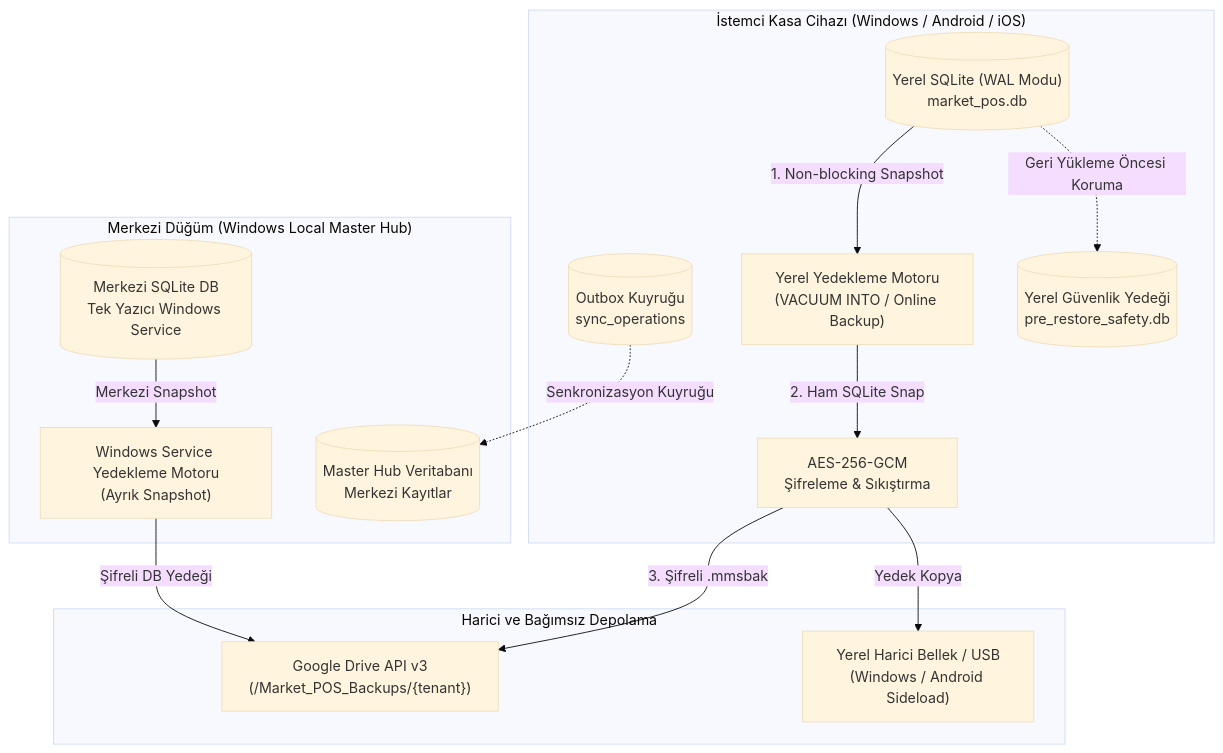
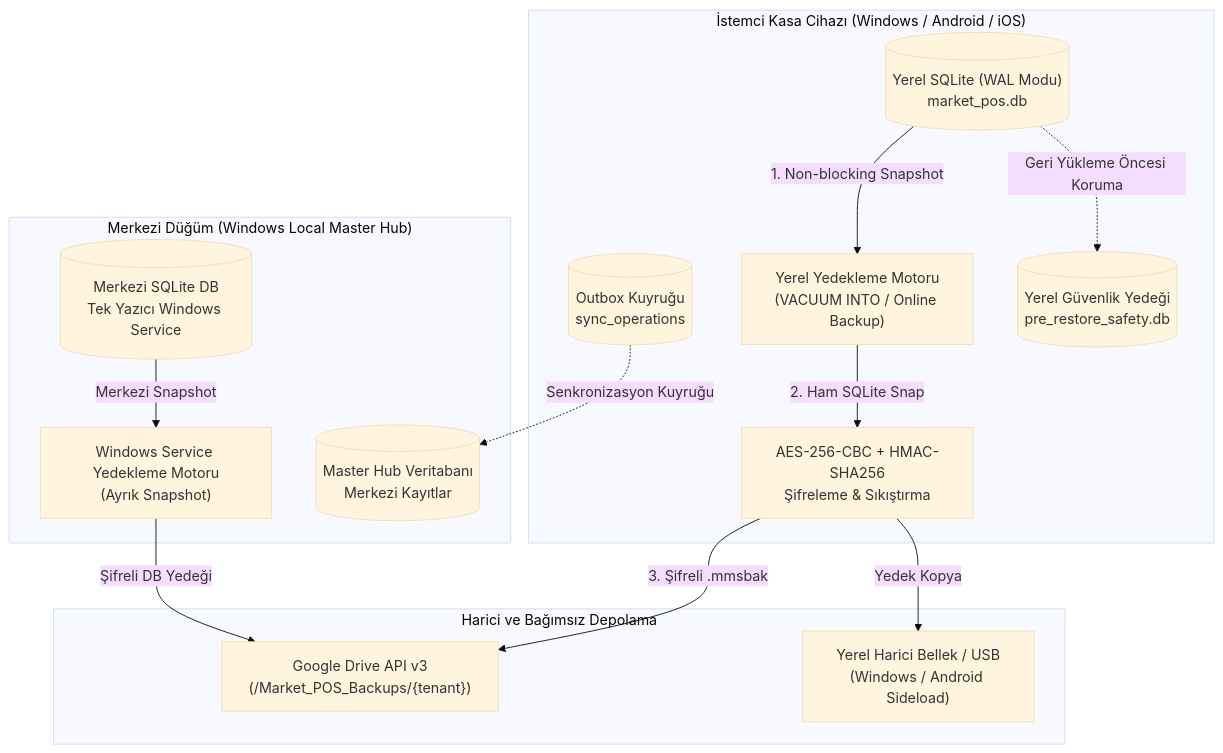
One commit to halilkrkn/market-pos changed the first of 2 diagrams in docs/architecture/BACKUP_RESTORE_PROTOCOL.md. Above: the diagram before and after it, drawn with Mermaid (base theme). The commit also changed other lines of this file and 18 other files, not shown here.

Commit message:
docs(reconciliation): align specifications with AES-256-CBC, central database paths and open decisions

````diff
--- a/docs/architecture/BACKUP_RESTORE_PROTOCOL.md
+++ b/docs/architecture/BACKUP_RESTORE_PROTOCOL.md
@@ -35,32 +35,32 @@
 ```mermaid
 flowchart TD
     subgraph POS_Device["İstemci Kasa Cihazı (Windows / Android / iOS)"]
         LocalDB[("Yerel SQLite (WAL Modu)\nmarket_pos.db")]
         OutboxQueue[("Outbox Kuyruğu\nsync_operations")]
         LocalBackupEngine["Yerel Yedekleme Motoru\n(VACUUM INTO / Online Backup)"]
         SafetySnapshot[("Yerel Güvenlik Yedeği\npre_restore_safety.db")]
-        EncModule["AES-256-GCM\nŞifreleme & Sıkıştırma"]
+        EncModule["AES-256-CBC + HMAC-SHA256\nŞifreleme & Sıkıştırma"]
     end
 
     subgraph Central_Master["Merkezi Düğüm (Windows Local Master Hub)"]
         MasterSQLiteDB[("Merkezi SQLite DB\nTek Yazıcı Windows Service")]
         CentralBackupWorker["Windows Service Yedekleme Motoru\n(Ayrık Snapshot)"]
         ServerRecords[("Master Hub Veritabanı\nMerkezi Kayıtlar")]
     end
 
     subgraph External_Storage["Harici ve Bağımsız Depolama"]
         GoogleDrive["Google Drive API v3\n(/Market_POS_Backups/{tenant})"]
         LocalDisk["Yerel Harici Bellek / USB\n(Windows / Android Sideload)"]
     end
 
     LocalDB -->|1. Non-blocking Snapshot| LocalBackupEngine
     LocalBackupEngine -->|2. Ham SQLite Snap| EncModule
     EncModule -->|3. Şifreli .mmsbak| GoogleDrive
     EncModule -->|Yedek Kopya| LocalDisk
 
     MasterSQLiteDB -->|Merkezi Snapshot| CentralBackupWorker
     CentralBackupWorker -->|Şifreli DB Yedeği| GoogleDrive
 
     OutboxQueue -.->|Senkronizasyon Kuyruğu| ServerRecords
     LocalDB -.->|Geri Yükleme Öncesi Koruma| SafetySnapshot
 ```
````
